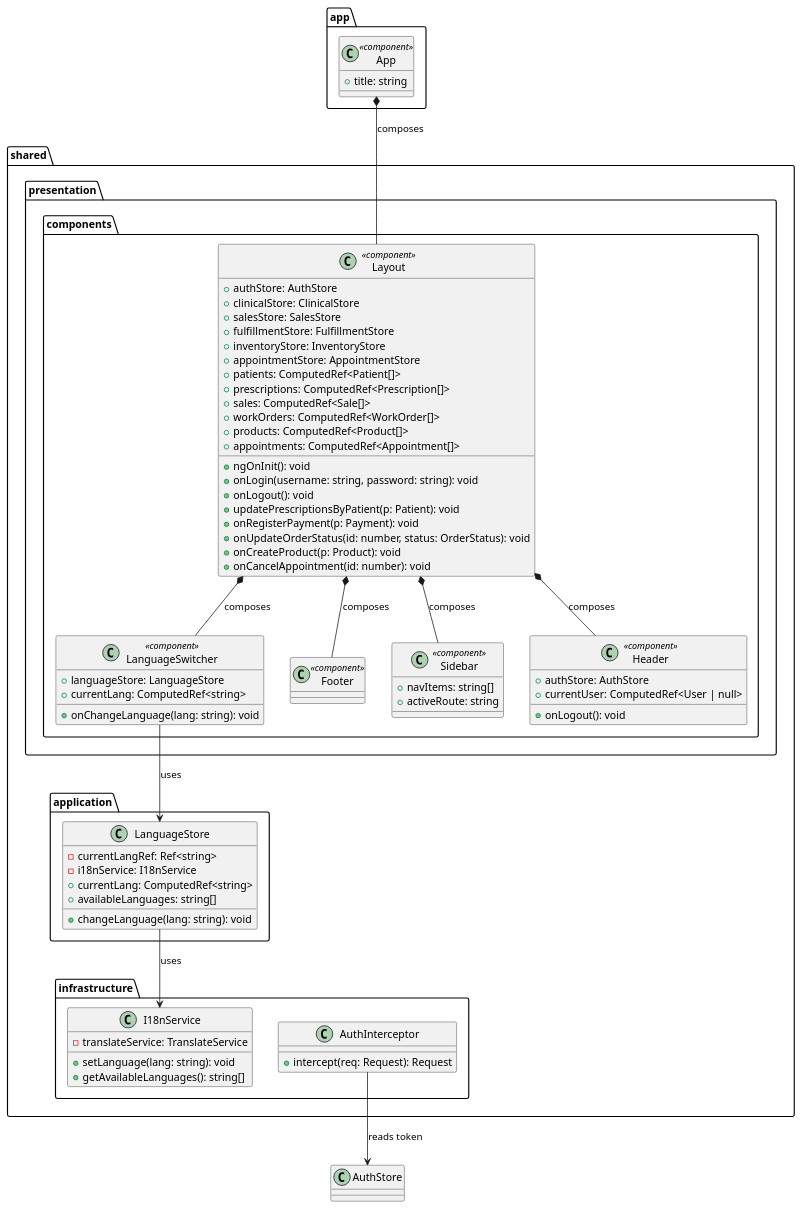
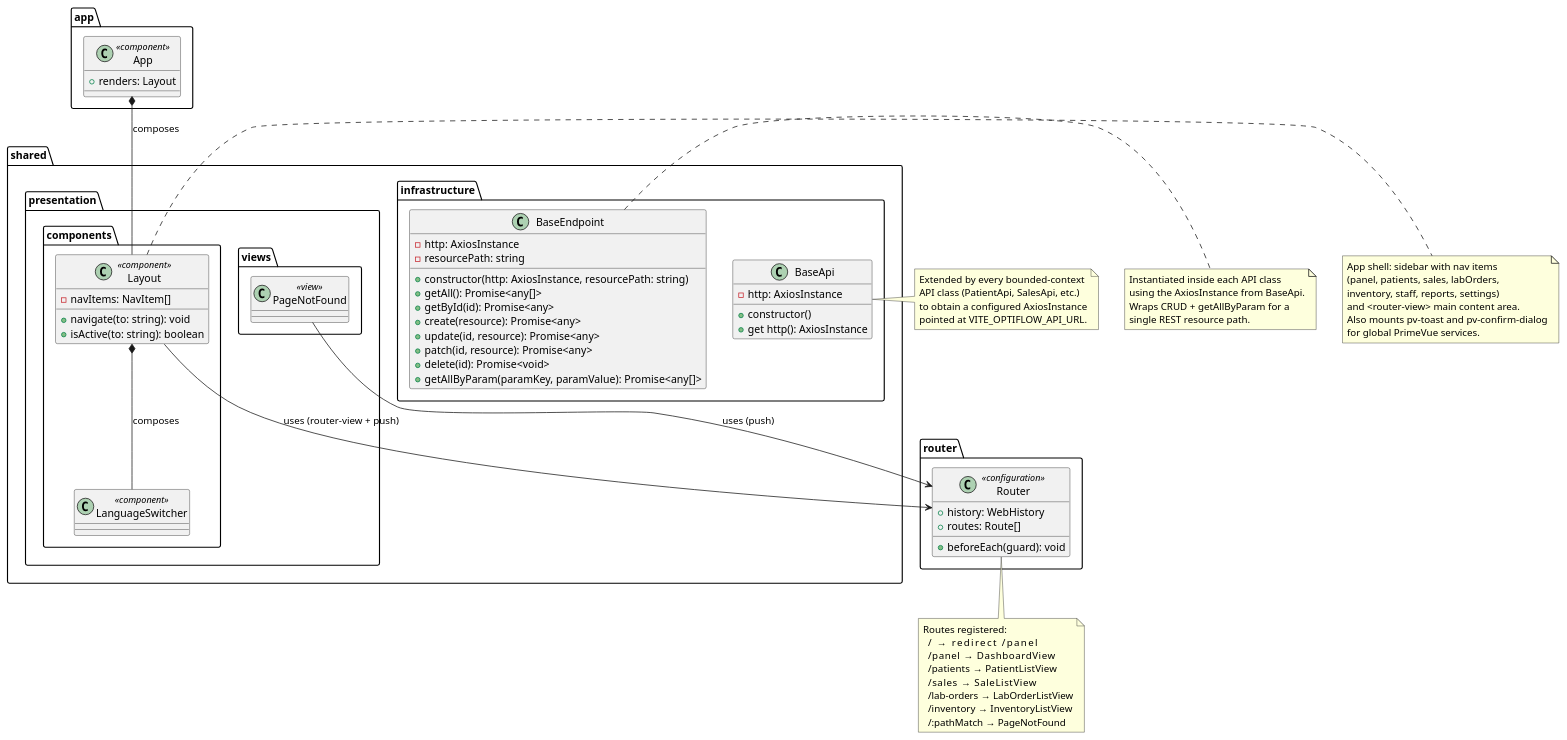
The diagram in docs/class-diagram-app.puml (1asi0730-2610-10203-OptiFlow/OptiFlow-Report-Stable), drawn with PlantUML before and after one commit. The commit also changed 6 other files, not shown here.

Commit message:
fix: corrected class diagrams

```diff
--- a/docs/class-diagram-app.puml
+++ b/docs/class-diagram-app.puml
@@ -1,80 +1,91 @@
 @startuml BC-00_Shared
 
 package "app" {
   class App <<component>> {
-    + title: string
+    + renders: Layout
+  }
+}
+
+package "router" {
+  class Router <<configuration>> {
+    + history: WebHistory
+    + routes: Route[]
+    + beforeEach(guard): void
   }
 }
 
 package "shared.infrastructure" {
-  class AuthInterceptor {
-    + intercept(req: Request): Request
+  class BaseApi {
+    - http: AxiosInstance
+    + constructor()
+    + get http(): AxiosInstance
   }
-  class I18nService {
-    - translateService: TranslateService
-    + setLanguage(lang: string): void
-    + getAvailableLanguages(): string[]
-  }
-}
-
-package "shared.application" {
-  class LanguageStore {
-    - currentLangRef: Ref<string>
-    - i18nService: I18nService
-    + currentLang: ComputedRef<string>
-    + availableLanguages: string[]
-    + changeLanguage(lang: string): void
+  class BaseEndpoint {
+    - http: AxiosInstance
+    - resourcePath: string
+    + constructor(http: AxiosInstance, resourcePath: string)
+    + getAll(): Promise<any[]>
+    + getById(id): Promise<any>
+    + create(resource): Promise<any>
+    + update(id, resource): Promise<any>
+    + patch(id, resource): Promise<any>
+    + delete(id): Promise<void>
+    + getAllByParam(paramKey, paramValue): Promise<any[]>
   }
 }
 
 package "shared.presentation.components" {
   class Layout <<component>> {
-    + authStore: AuthStore
-    + clinicalStore: ClinicalStore
-    + salesStore: SalesStore
-    + fulfillmentStore: FulfillmentStore
-    + inventoryStore: InventoryStore
-    + appointmentStore: AppointmentStore
-    + patients: ComputedRef<Patient[]>
-    + prescriptions: ComputedRef<Prescription[]>
-    + sales: ComputedRef<Sale[]>
-    + workOrders: ComputedRef<WorkOrder[]>
-    + products: ComputedRef<Product[]>
-    + appointments: ComputedRef<Appointment[]>
-    + ngOnInit(): void
-    + onLogin(username: string, password: string): void
-    + onLogout(): void
-    + updatePrescriptionsByPatient(p: Patient): void
-    + onRegisterPayment(p: Payment): void
-    + onUpdateOrderStatus(id: number, status: OrderStatus): void
-    + onCreateProduct(p: Product): void
-    + onCancelAppointment(id: number): void
+    - navItems: NavItem[]
+    + navigate(to: string): void
+    + isActive(to: string): boolean
   }
   class LanguageSwitcher <<component>> {
-    + languageStore: LanguageStore
-    + currentLang: ComputedRef<string>
-    + onChangeLanguage(lang: string): void
   }
-  class Footer <<component>> {
-  }
-  class Sidebar <<component>> {
-    + navItems: string[]
-    + activeRoute: string
-  }
-  class Header <<component>> {
-    + authStore: AuthStore
-    + currentUser: ComputedRef<User | null>
-    + onLogout(): void
+}
+
+package "shared.presentation.views" {
+  class PageNotFound <<view>> {
   }
 }
 
 App *-- Layout : composes
-Layout *-- Sidebar : composes
-Layout *-- Header : composes
+Layout --> Router : uses (router-view + push)
 Layout *-- LanguageSwitcher : composes
-Layout *-- Footer : composes
-LanguageStore --> I18nService : uses
-LanguageSwitcher --> LanguageStore : uses
-AuthInterceptor --> AuthStore : reads token
+PageNotFound --> Router : uses (push)
+
+note right of BaseApi
+  Extended by every bounded-context
+  API class (PatientApi, SalesApi, etc.)
+  to obtain a configured AxiosInstance
+  pointed at VITE_OPTIFLOW_API_URL.
+end note
+
+note right of BaseEndpoint
+  Instantiated inside each API class
+  using the AxiosInstance from BaseApi.
+  Wraps CRUD + getAllByParam for a
+  single REST resource path.
+end note
+
+note right of Layout
+  App shell: sidebar with nav items
+  (panel, patients, sales, labOrders,
+  inventory, staff, reports, settings)
+  and <router-view> main content area.
+  Also mounts pv-toast and pv-confirm-dialog
+  for global PrimeVue services.
+end note
+
+note bottom of Router
+  Routes registered:
+    /           → redirect /panel
+    /panel      → DashboardView
+    /patients   → PatientListView
+    /sales      → SaleListView
+    /lab-orders → LabOrderListView
+    /inventory  → InventoryListView
+    /:pathMatch → PageNotFound
+end note
 
 @enduml
```
